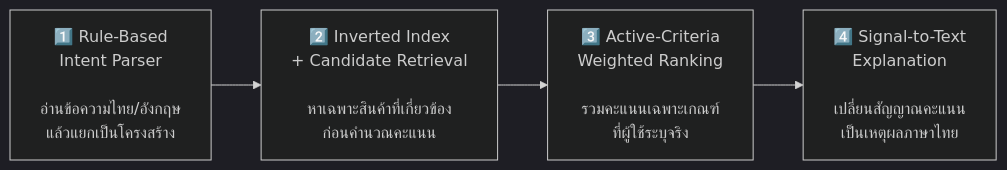
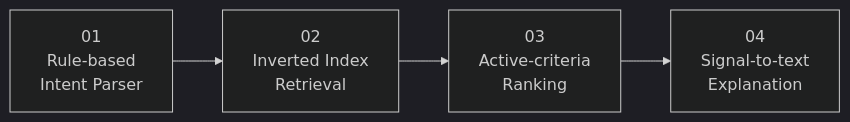
Before and after one commit to mmew018/project-algorithms-prototype-ise: the third of 6 diagrams in README.md, drawn with Mermaid (dark theme). The commit also changed other lines of this file and 25 other files, not shown here.

````diff
--- a/README.md
+++ b/README.md
@@ -68,9 +64,6 @@
 ```mermaid
 flowchart LR
-    A["1️⃣ Rule-Based<br/>Intent Parser<br/><br/>อ่านข้อความไทย/อังกฤษ<br/>แล้วแยกเป็นโครงสร้าง"]
-    B["2️⃣ Inverted Index<br/>+ Candidate Retrieval<br/><br/>หาเฉพาะสินค้าที่เกี่ยวข้อง<br/>ก่อนคำนวณคะแนน"]
-    C["3️⃣ Active-Criteria<br/>Weighted Ranking<br/><br/>รวมคะแนนเฉพาะเกณฑ์<br/>ที่ผู้ใช้ระบุจริง"]
-    D["4️⃣ Signal-to-Text<br/>Explanation<br/><br/>เปลี่ยนสัญญาณคะแนน<br/>เป็นเหตุผลภาษาไทย"]
-
-    A --> B --> C --> D
+    A["01<br/>Rule-based<br/>Intent Parser"] --> B["02<br/>Inverted Index<br/>Retrieval"]
+    B --> C["03<br/>Active-criteria<br/>Ranking"]
+    C --> D["04<br/>Signal-to-text<br/>Explanation"]
 ```
````
